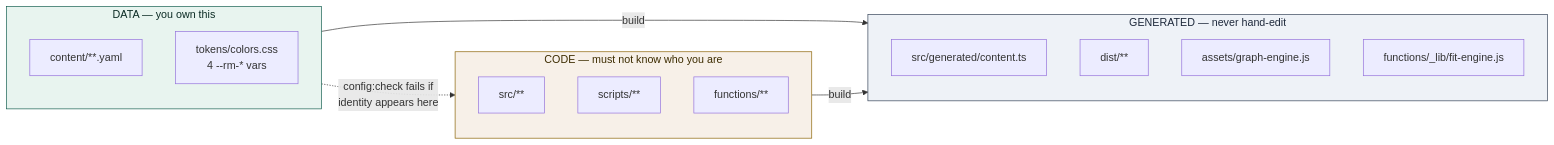
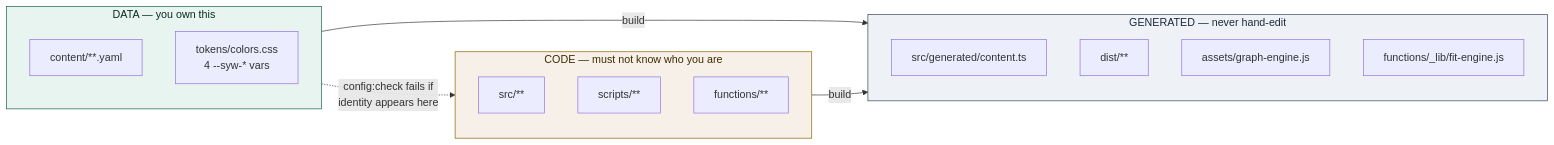
The first of 14 diagrams in ARCHITECTURE.md (rolefinder/show-your-work), drawn with Mermaid before and after one commit. The commit also changed other lines of this file and 77 other files, not shown here.

````diff
--- a/ARCHITECTURE.md
+++ b/ARCHITECTURE.md
@@ -35,31 +35,31 @@
 ```mermaid
 flowchart LR
     subgraph D["DATA — you own this"]
         direction TB
         D1["content/**.yaml"]
-        D2["tokens/colors.css<br/>4 --rm-* vars"]
+        D2["tokens/colors.css<br/>4 --syw-* vars"]
     end
 
     subgraph G["GENERATED — never hand-edit"]
         direction TB
         G1["src/generated/content.ts"]
         G2["dist/**"]
         G3["assets/graph-engine.js"]
         G4["functions/_lib/fit-engine.js"]
     end
 
     subgraph C["CODE — must not know who you are"]
         direction TB
         C1["src/**"]
         C2["scripts/**"]
         C3["functions/**"]
     end
 
     D -->|build| G
     C -->|build| G
     D -.->|"config:check fails if<br/>identity appears here"| C
 
     style D fill:#e8f4ef,stroke:#0f5c4c,color:#0b2b24
     style G fill:#eef2f7,stroke:#334155,color:#1e293b
     style C fill:#f7f0e8,stroke:#8a6100,color:#3d2c00
 ```
````
